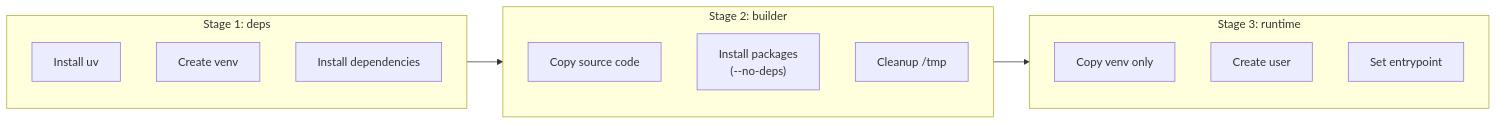
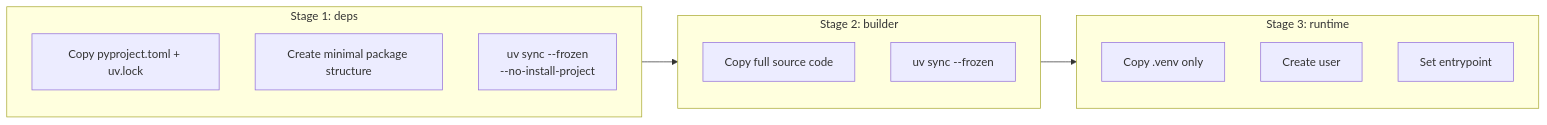
One commit to stepflow-ai/stepflow changed the third of 3 diagrams in examples/production/k8s/README.md. Above: the diagram before and after it, drawn with Mermaid. The commit also changed other lines of this file and 3 other files, not shown here.

````diff
--- a/examples/production/k8s/README.md
+++ b/examples/production/k8s/README.md
@@ -128,22 +128,21 @@
 ```mermaid
 flowchart LR
     subgraph Stage1["Stage 1: deps"]
-        D1["Install uv"]
-        D2["Create venv"]
-        D3["Install dependencies"]
+        D1["Copy pyproject.toml + uv.lock"]
+        D2["Create minimal package structure"]
+        D3["uv sync --frozen<br/>--no-install-project"]
     end
 
     subgraph Stage2["Stage 2: builder"]
-        B1["Copy source code"]
-        B2["Install packages<br/>(--no-deps)"]
-        B3["Cleanup /tmp"]
+        B1["Copy full source code"]
+        B2["uv sync --frozen"]
     end
 
     subgraph Stage3["Stage 3: runtime"]
-        R1["Copy venv only"]
+        R1["Copy .venv only"]
         R2["Create user"]
         R3["Set entrypoint"]
     end
 
     Stage1 --> Stage2 --> Stage3
 ```
````
